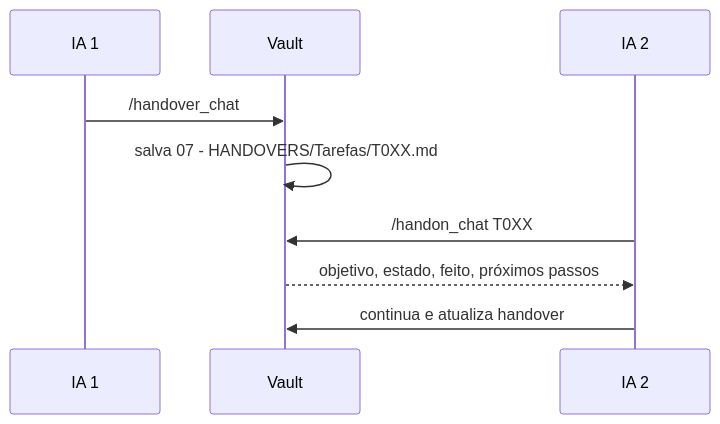
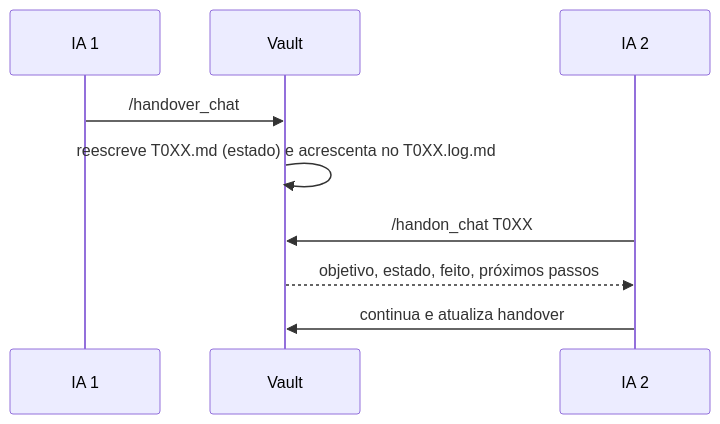
The third of 4 diagrams in README.pt-BR.md (PedroHenrique0713/brain-template), drawn with Mermaid before and after one commit. The commit also changed other lines of this file and 20 other files, not shown here.

````diff
--- a/README.pt-BR.md
+++ b/README.pt-BR.md
@@ -166,12 +161,12 @@
 ```mermaid
 sequenceDiagram
   participant A as IA 1
   participant V as Vault
   participant B as IA 2
 
   A->>V: /handover_chat
-  V->>V: salva 07 - HANDOVERS/Tarefas/T0XX.md
+  V->>V: reescreve T0XX.md (estado) e acrescenta no T0XX.log.md
   B->>V: /handon_chat T0XX
   V-->>B: objetivo, estado, feito, próximos passos
   B->>V: continua e atualiza handover
 ```
````
